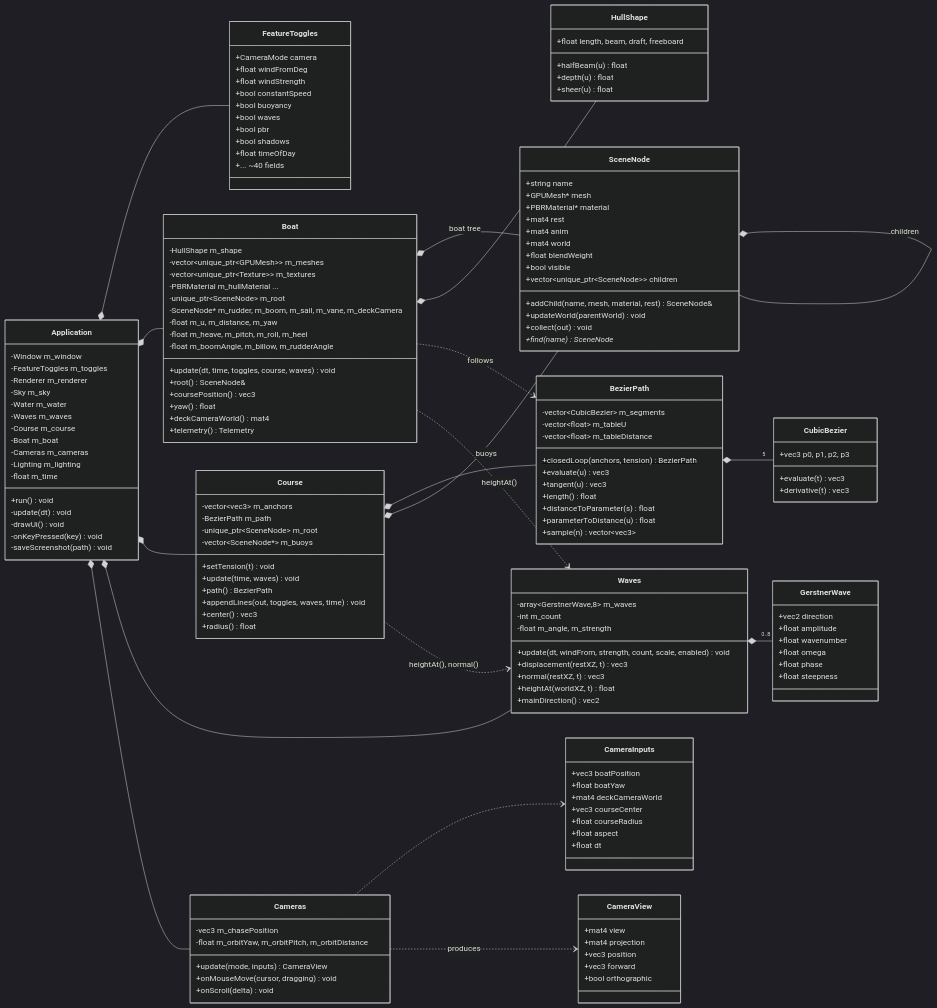
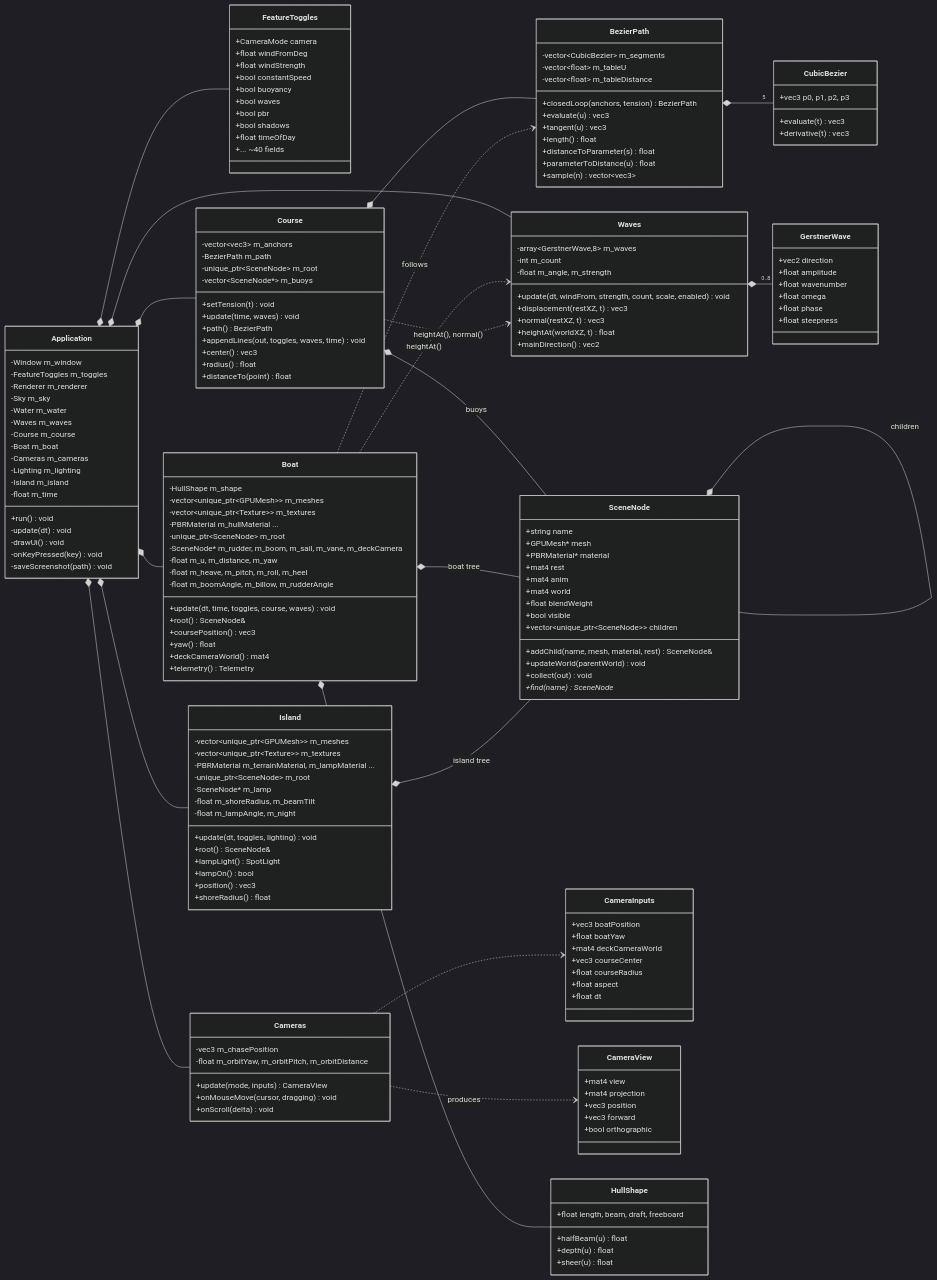
One commit to groundbeeflover/sailboat-tech-demo changed the second of 12 diagrams in docs/ARCHITECTURE.md. Above: the diagram before and after it, drawn with Mermaid (dark theme). The commit also changed other lines of this file and 10 other files, not shown here.

```diff
--- a/docs/ARCHITECTURE.md
+++ b/docs/ARCHITECTURE.md
@@ -174,6 +181,7 @@
         -Boat m_boat
         -Cameras m_cameras
         -Lighting m_lighting
+        -Island m_island
         -float m_time
         +run() void
         -update(dt) void
@@ -224,6 +232,23 @@
         +appendLines(out, toggles, waves, time) void
         +center() vec3
         +radius() float
+        +distanceTo(point) float
+    }
+
+    class Island {
+        -vector~unique_ptr~GPUMesh~~ m_meshes
+        -vector~unique_ptr~Texture~~ m_textures
+        -PBRMaterial m_terrainMaterial, m_lampMaterial ...
+        -unique_ptr~SceneNode~ m_root
+        -SceneNode* m_lamp
+        -float m_shoreRadius, m_beamTilt
+        -float m_lampAngle, m_night
+        +update(dt, toggles, lighting) void
+        +root() SceneNode&
+        +lampLight() SpotLight
+        +lampOn() bool
+        +position() vec3
+        +shoreRadius() float
     }
 
     class BezierPath {
@@ -319,10 +344,12 @@
     Application *-- Course
     Application *-- Waves
     Application *-- Cameras
+    Application *-- Island
     Course *-- BezierPath
     BezierPath *-- "5" CubicBezier
     Course *-- SceneNode : buoys
     Boat *-- SceneNode : boat tree
+    Island *-- SceneNode : island tree
     Boat *-- HullShape
     SceneNode *-- SceneNode : children
     Waves *-- "0..8" GerstnerWave
```
